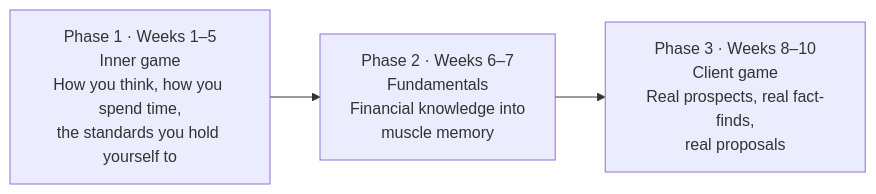
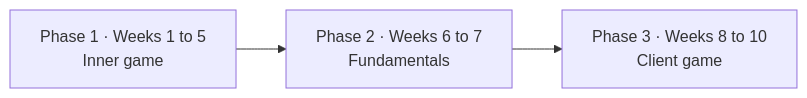
One commit to leotansingapore/aia-product-compass-hub changed the first of 2 diagrams in docs/first-60-days/week-1/day-01.md. Above: the diagram before and after it, drawn with Mermaid. The commit also changed other lines of this file, not shown here.

Commit message:
Day 1 phase diagram now renders — 4-line node labels were overflowing; moved phase descriptions below as bullets

````diff
--- a/docs/first-60-days/week-1/day-01.md
+++ b/docs/first-60-days/week-1/day-01.md
@@ -50,7 +50,7 @@
 ```mermaid
 flowchart LR
-    P1["Phase 1 · Weeks 1–5<br/>Inner game<br/>How you think, how you spend time,<br/>the standards you hold yourself to"]
-    P2["Phase 2 · Weeks 6–7<br/>Fundamentals<br/>Financial knowledge into<br/>muscle memory"]
-    P3["Phase 3 · Weeks 8–10<br/>Client game<br/>Real prospects, real fact-finds,<br/>real proposals"]
+    P1["Phase 1 · Weeks 1 to 5<br/>Inner game"]
+    P2["Phase 2 · Weeks 6 to 7<br/>Fundamentals"]
+    P3["Phase 3 · Weeks 8 to 10<br/>Client game"]
     P1 --> P2 --> P3
 ```
````
